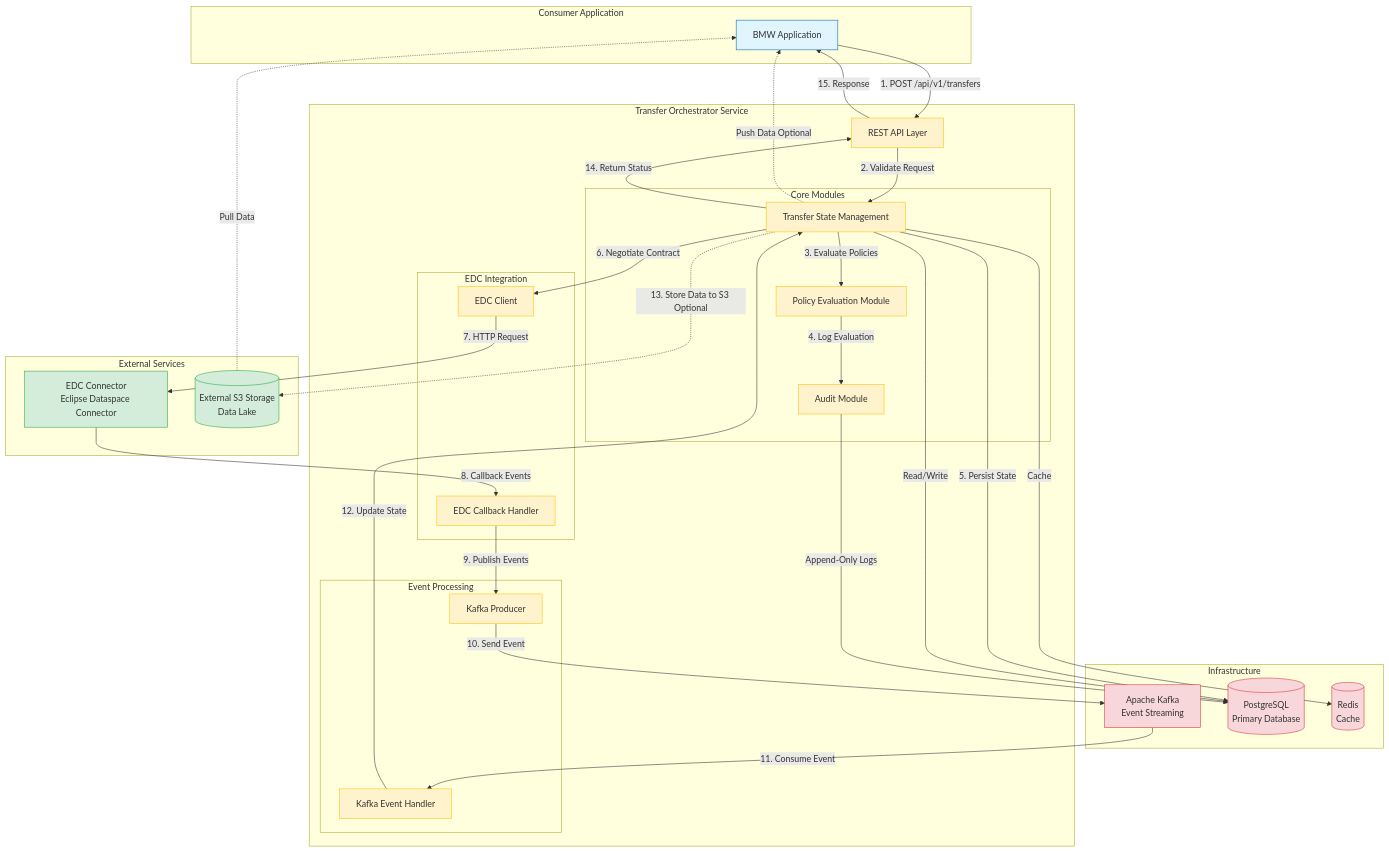
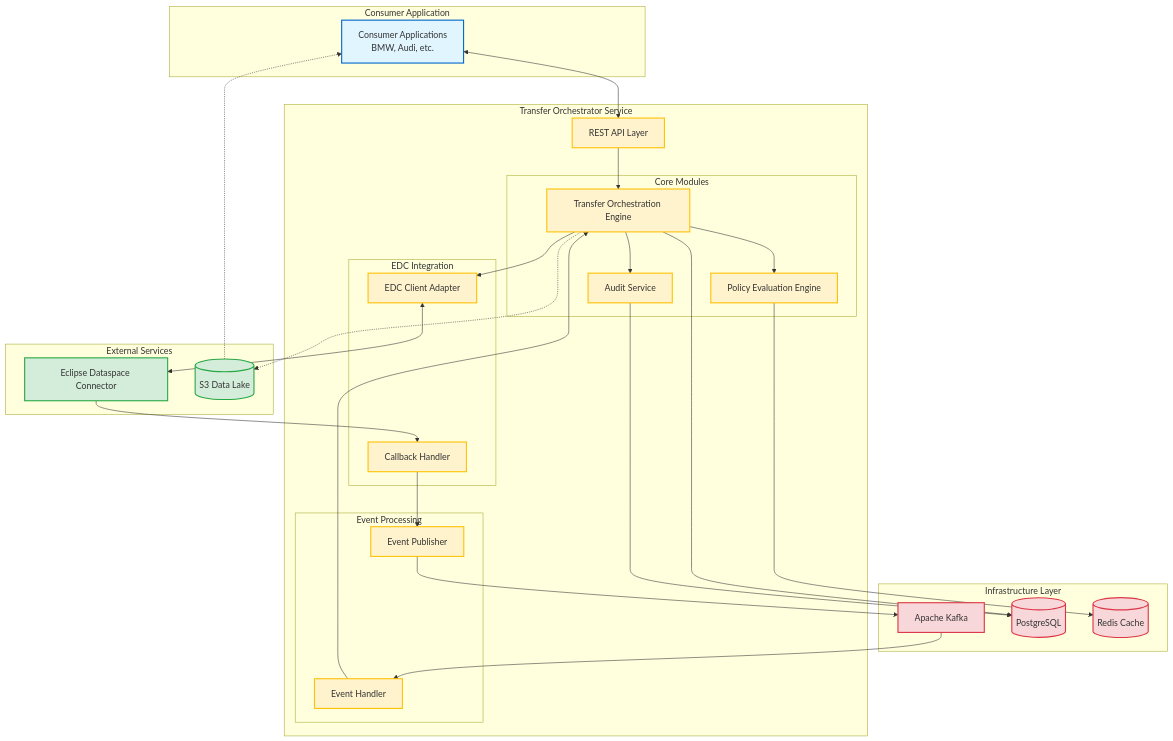
Before and after one commit to d-biswas/transfer-orchestrator: the first of 3 diagrams in architecture.md, drawn with Mermaid. The commit also changed other lines of this file, not shown here.

Commit message:
Simplified component diagram

````diff
--- a/architecture.md
+++ b/architecture.md
@@ -15,81 +15,75 @@
 ```mermaid
 graph TB
     subgraph Consumer["Consumer Application"]
-        BMW[BMW Application]
+        BMW[Consumer Applications<br/>BMW, Audi, etc.]
     end
 
     subgraph Orchestrator["Transfer Orchestrator Service"]
         API[REST API Layer]
 
         subgraph Core["Core Modules"]
-            POLICY[Policy Evaluation Module]
-            AUDIT[Audit Module]
-            TRANSFER[Transfer State Management]
+            POLICY[Policy Evaluation Engine]
+            AUDIT[Audit Service]
+            TRANSFER[Transfer Orchestration Engine]
         end
 
         subgraph EDCInt["EDC Integration"]
-            EDC_CLIENT[EDC Client]
-            CALLBACK[EDC Callback Handler]
+            EDC_CLIENT[EDC Client Adapter]
+            CALLBACK[Callback Handler]
         end
 
         subgraph Events["Event Processing"]
-            KAFKA_PRODUCER[Kafka Producer]
-            KAFKA_CONSUMER[Kafka Event Handler]
+            EVENT_PUBLISHER[Event Publisher]
+            EVENT_HANDLER[Event Handler]
         end
     end
 
     subgraph External["External Services"]
-        EDC[EDC Connector<br/>Eclipse Dataspace Connector]
-        S3[(External S3 Storage<br/>Data Lake)]
+        EDC[Eclipse Dataspace Connector]
+        S3[(S3 Data Lake)]
     end
 
-    subgraph Infra["Infrastructure"]
-        KAFKA[Apache Kafka<br/>Event Streaming]
-        POSTGRES[(PostgreSQL<br/>Primary Database)]
-        REDIS[(Redis<br/>Cache)]
+    subgraph Infra["Infrastructure Layer"]
+        KAFKA[Apache Kafka]
+        POSTGRES[(PostgreSQL)]
+        REDIS[(Redis Cache)]
     end
 
-    %% Consumer to Orchestrator
-    BMW -->|1. POST /api/v1/transfers| API
+    %% Consumer Interactions
+    BMW <--> API
 
-    %% Internal Flow
-    API -->|2. Validate Request| TRANSFER
-    TRANSFER -->|3. Evaluate Policies| POLICY
-    POLICY -->|4. Log Evaluation| AUDIT
-    TRANSFER -->|5. Persist State| POSTGRES
-    TRANSFER -->|6. Negotiate Contract| EDC_CLIENT
+    %% Core Module Interactions
+    API --> TRANSFER
+    TRANSFER --> POLICY
+    TRANSFER --> AUDIT
+    TRANSFER --> EDC_CLIENT
 
     %% EDC Integration
-    EDC_CLIENT -->|7. HTTP Request| EDC
-    EDC -->|8. Callback Events| CALLBACK
-    CALLBACK -->|9. Publish Events| KAFKA_PRODUCER
+    EDC_CLIENT <--> EDC
+    EDC --> CALLBACK
 
-    %% Kafka Flow
-    KAFKA_PRODUCER -->|10. Send Event| KAFKA
-    KAFKA -->|11. Consume Event| KAFKA_CONSUMER
-    KAFKA_CONSUMER -->|12. Update State| TRANSFER
+    %% Event Processing
+    CALLBACK --> EVENT_PUBLISHER
+    EVENT_PUBLISHER --> KAFKA
+    KAFKA --> EVENT_HANDLER
+    EVENT_HANDLER --> TRANSFER
 
-    %% S3 Storage Flow (Optional)
-    TRANSFER -.->|13. Store Data to S3 Optional| S3
-    S3 -.->|Pull Data| BMW
-    TRANSFER -.->|Push Data Optional| BMW
+    %% Data Delivery
+    TRANSFER -.-> S3
+    S3 -.-> BMW
 
-    %% State Management
-    TRANSFER -->|Read/Write| POSTGRES
-    TRANSFER -->|Cache| REDIS
-    AUDIT -->|Append-Only Logs| POSTGRES
+    %% Persistence
+    TRANSFER --> POSTGRES
+    AUDIT --> POSTGRES
+    POLICY --> REDIS
 
-    %% Response
-    TRANSFER -->|14. Return Status| API
-    API -->|15. Response| BMW
-
-    classDef consumer fill:#e1f5ff,stroke:#0066cc
-    classDef orchestrator fill:#fff3cd,stroke:#ffc107
-    classDef external fill:#d4edda,stroke:#28a745
-    classDef infra fill:#f8d7da,stroke:#dc3545
+    classDef consumer fill:#e1f5ff,stroke:#0066cc,stroke-width:2px
+    classDef orchestrator fill:#fff3cd,stroke:#ffc107,stroke-width:2px
+    classDef external fill:#d4edda,stroke:#28a745,stroke-width:2px
+    classDef infra fill:#f8d7da,stroke:#dc3545,stroke-width:2px
 
     class BMW consumer
-    class API,POLICY,AUDIT,TRANSFER,EDC_CLIENT,CALLBACK,KAFKA_PRODUCER,KAFKA_CONSUMER orchestrator
+    class API,POLICY,AUDIT,TRANSFER,EDC_CLIENT,CALLBACK,EVENT_PUBLISHER,EVENT_HANDLER orchestrator
     class EDC,S3 external
     class KAFKA,POSTGRES,REDIS infra
 ```
````
